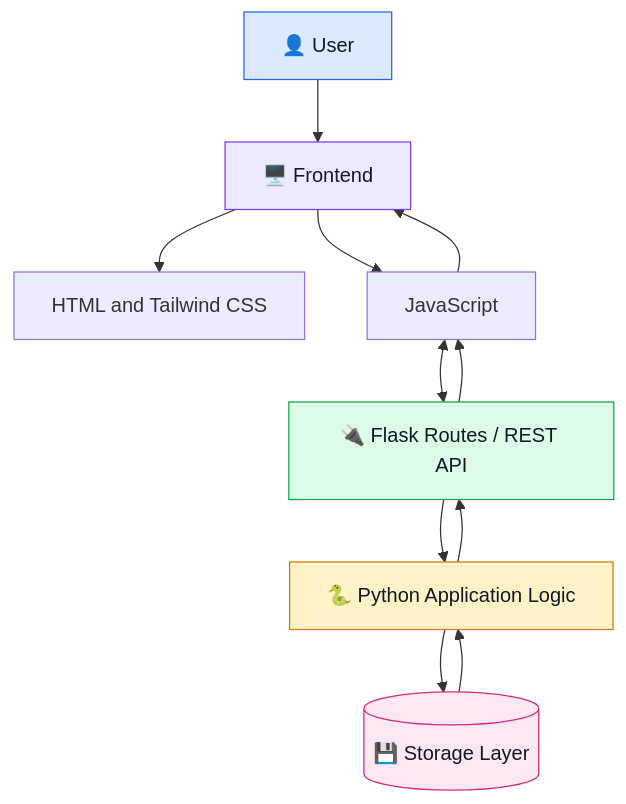
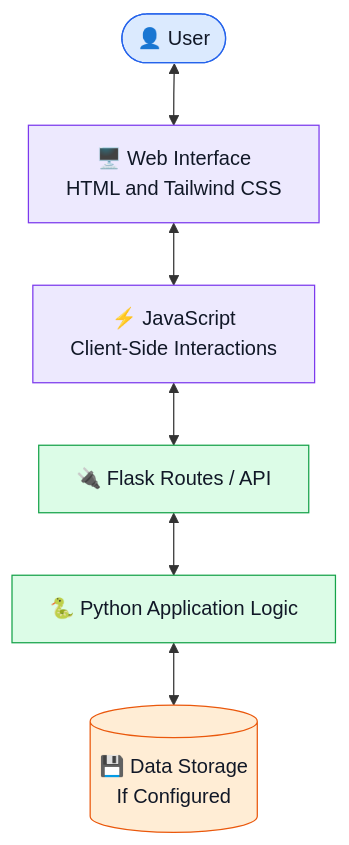
Before and after one commit to maahii-in/first-pratice-2021: the first of 2 diagrams in README.md, drawn with Mermaid. The commit also changed other lines of this file, not shown here.

````diff
--- a/README.md
+++ b/README.md
@@ -121,19 +286,25 @@
 ```mermaid
-flowchart TD
-    A["👤 User"] --> B["🖥️ Frontend"]
-    B --> C["HTML and Tailwind CSS"]
-    B --> D["JavaScript"]
-    D <--> E["🔌 Flask Routes / REST API"]
-    E --> F["🐍 Python Application Logic"]
-    F --> G[("💾 Storage Layer")]
-    G --> F
-    F --> E
-    E --> D
-    D --> B
+flowchart TB
+    U(["👤 User"])
+    UI["🖥️ Web Interface<br/>HTML and Tailwind CSS"]
+    JS["⚡ JavaScript<br/>Client-Side Interactions"]
+    API["🔌 Flask Routes / API"]
+    APP["🐍 Python Application Logic"]
+    DATA[("💾 Data Storage<br/>If Configured")]
 
-    style A fill:#dbeafe,stroke:#2563eb,color:#111827
-    style B fill:#ede9fe,stroke:#7c3aed,color:#111827
-    style E fill:#dcfce7,stroke:#16a34a,color:#111827
-    style F fill:#fef3c7,stroke:#d97706,color:#111827
-    style G fill:#fce7f3,stroke:#db2777,color:#111827
+    U <--> UI
+    UI <--> JS
+    JS <--> API
+    API <--> APP
+    APP <--> DATA
+
+    classDef user fill:#dbeafe,stroke:#2563eb,color:#111827
+    classDef frontend fill:#ede9fe,stroke:#7c3aed,color:#111827
+    classDef backend fill:#dcfce7,stroke:#16a34a,color:#111827
+    classDef storage fill:#ffedd5,stroke:#ea580c,color:#111827
+
+    class U user
+    class UI,JS frontend
+    class API,APP backend
+    class DATA storage
 ```
````
